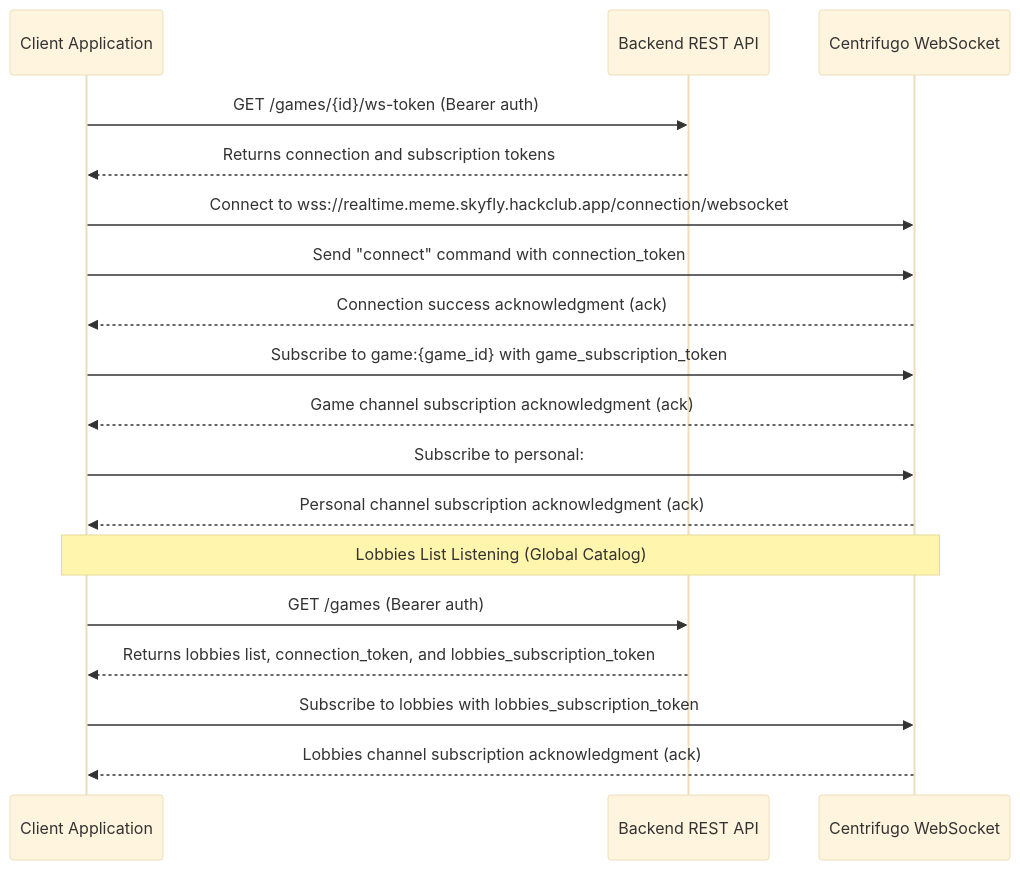
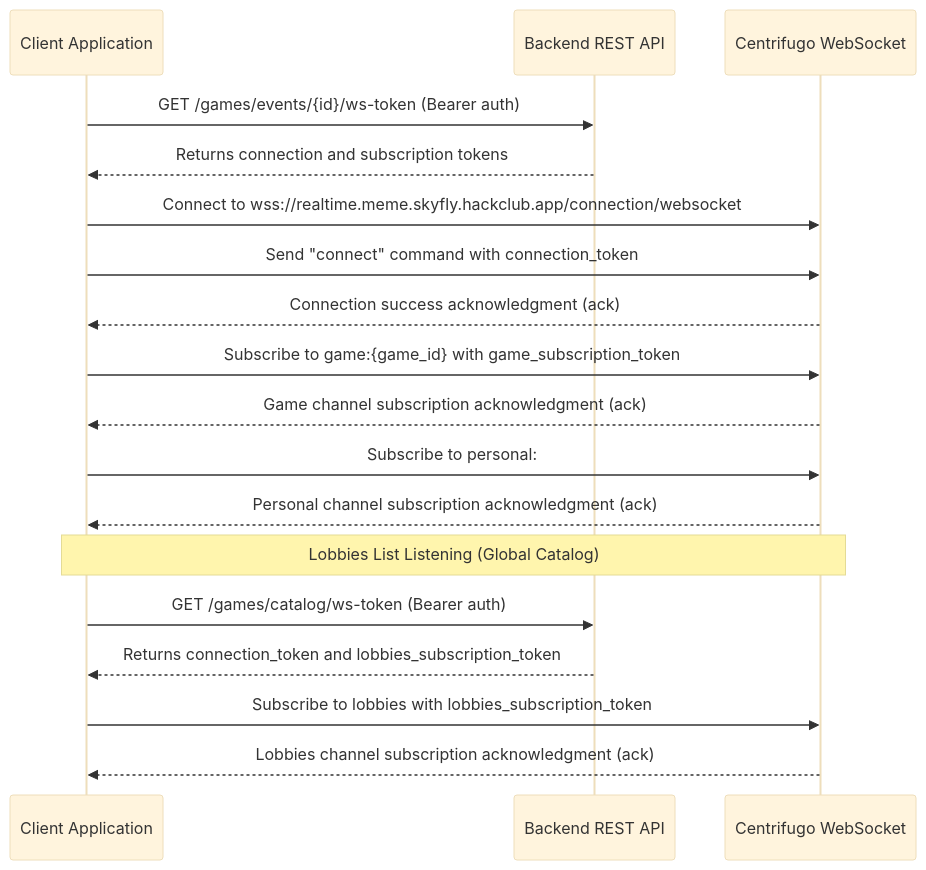
Before and after one commit to TerraSoftwareTeam/meme_battle_backend: the diagram in docs/websockets_docs_en.md, drawn with Mermaid (base theme). The commit also changed other lines of this file and 11 other files, not shown here.

````diff
--- a/docs/websockets_docs_en.md
+++ b/docs/websockets_docs_en.md
@@ -11,25 +11,25 @@
 ```mermaid
 sequenceDiagram
     participant Client as Client Application
     participant API as Backend REST API
     participant WS as Centrifugo WebSocket
     
-    Client->>API: GET /games/{id}/ws-token (Bearer auth)
+    Client->>API: GET /games/events/{id}/ws-token (Bearer auth)
     API-->>Client: Returns connection and subscription tokens
     
     Client->>WS: Connect to wss://realtime.meme.skyfly.hackclub.app/connection/websocket
     Client->>WS: Send "connect" command with connection_token
     WS-->>Client: Connection success acknowledgment (ack)
     
     Client->>WS: Subscribe to game:{game_id} with game_subscription_token
     WS-->>Client: Game channel subscription acknowledgment (ack)
     
     Client->>WS: Subscribe to personal:#{user_id} with personal_subscription_token
     WS-->>Client: Personal channel subscription acknowledgment (ack)
 
     Note over Client, WS: Lobbies List Listening (Global Catalog)
-    Client->>API: GET /games (Bearer auth)
-    API-->>Client: Returns lobbies list, connection_token, and lobbies_subscription_token
+    Client->>API: GET /games/catalog/ws-token (Bearer auth)
+    API-->>Client: Returns connection_token and lobbies_subscription_token
     Client->>WS: Subscribe to lobbies with lobbies_subscription_token
     WS-->>Client: Lobbies channel subscription acknowledgment (ack)
 ```
````
